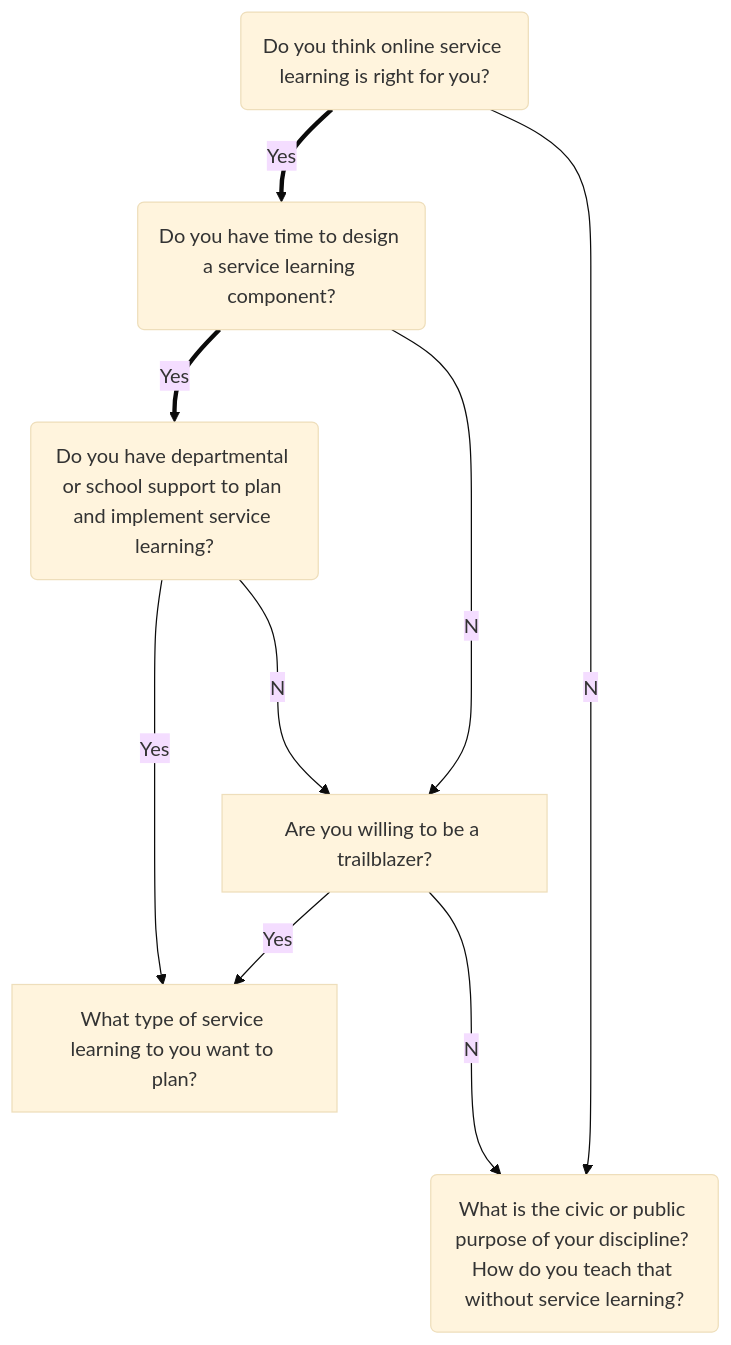
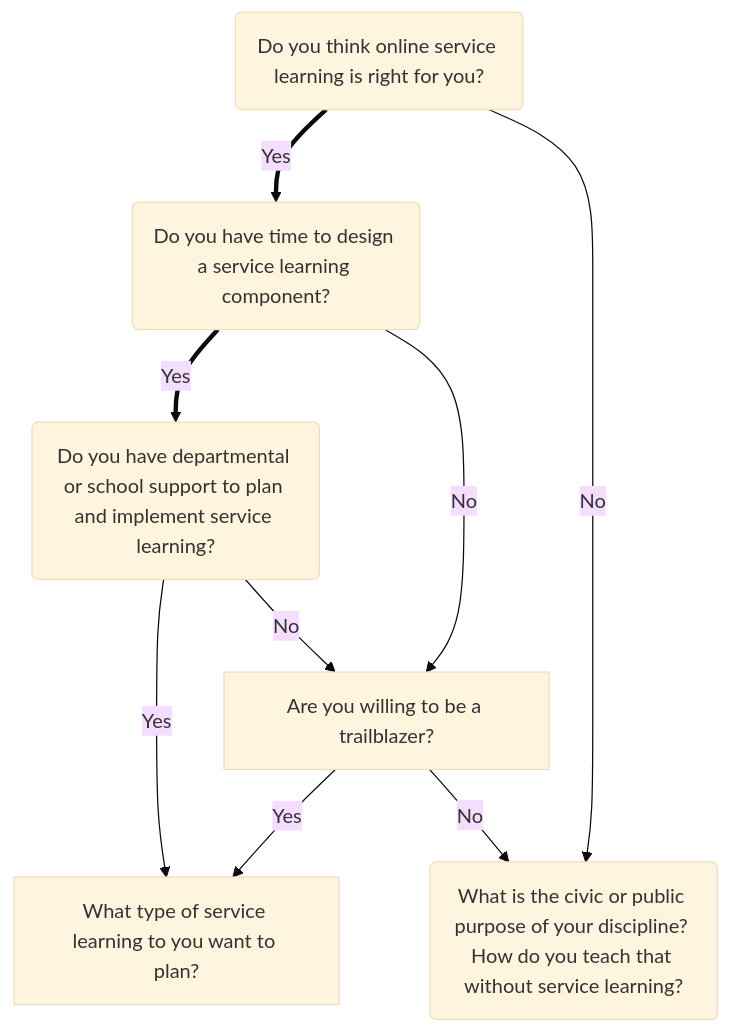
The third of 5 diagrams in README.md (anataliocs/snapchain-submission-template), drawn with Mermaid (base theme) before and after one commit. The commit also changed other lines of this file, not shown here.

````diff
--- a/README.md
+++ b/README.md
@@ -197,18 +258,17 @@
 ```mermaid
 graph TB
-A("Do you think online service learning is right for you?")
-B("Do you have time to design a service learning component?")
-C("What is the civic or public purpose of your discipline? How do you teach that without service learning?")
-D("Do you have departmental or school support to plan and implement service learning?")
-E["Are you willing to be a trailblazer?"]
-F["What type of service learning to you want to plan?"]
-
-A==Yes==>B
-A--No-->C
-B==Yes==>D
-B--No-->E
-D--Yes-->F
-D--No-->E
-E--Yes-->F
-E--No-->C
+    A("Do you think online service learning is right for you?")
+    B("Do you have time to design a service learning component?")
+    C("What is the civic or public purpose of your discipline? How do you teach that without service learning?")
+    D("Do you have departmental or school support to plan and implement service learning?")
+    E["Are you willing to be a trailblazer?"]
+    F["What type of service learning to you want to plan?"]
+    A == Yes ==> B
+    A -- No --> C
+    B == Yes ==> D
+    B -- No --> E
+    D -- Yes --> F
+    D -- No --> E
+    E -- Yes --> F
+    E -- No --> C
 ```
````
